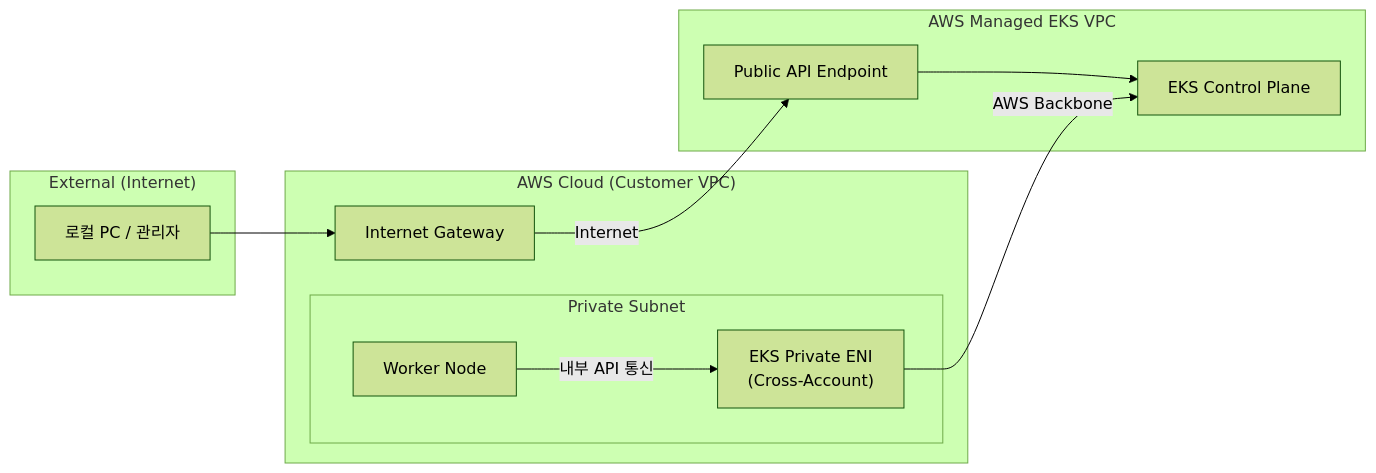
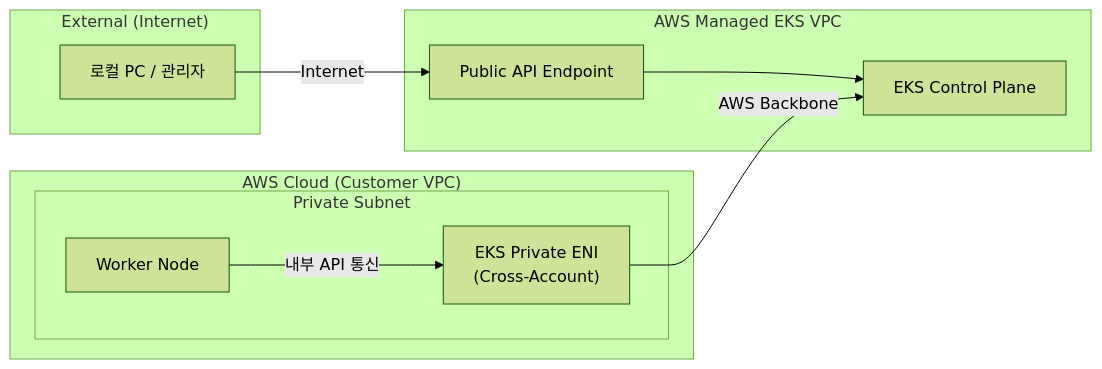
The second of 3 diagrams in 1w/summary.md (chjung99/aws-eks-study), drawn with Mermaid (forest theme) before and after one commit. The commit also changed other lines of this file, not shown here.

````diff
--- a/1w/summary.md
+++ b/1w/summary.md
@@ -87,27 +87,24 @@
 ```mermaid
 graph LR
     subgraph "External (Internet)"
         Admin[로컬 PC / 관리자]
     end
 
     subgraph "AWS Cloud (Customer VPC)"
-        IGW[Internet Gateway]
-        
         subgraph "Private Subnet"
             Worker[Worker Node]
             ENI["EKS Private ENI<br>(Cross-Account)"]
         end
         
-        Admin --> IGW
         Worker -->|내부 API 통신| ENI
     end
 
     subgraph "AWS Managed EKS VPC"
         ControlPlane[EKS Control Plane]
         PublicAPI[Public API Endpoint]
     end
 
-    IGW -->|Internet| PublicAPI
+    Admin -->|Internet| PublicAPI
     PublicAPI --> ControlPlane
     ENI -->|AWS Backbone| ControlPlane
 ```
````
